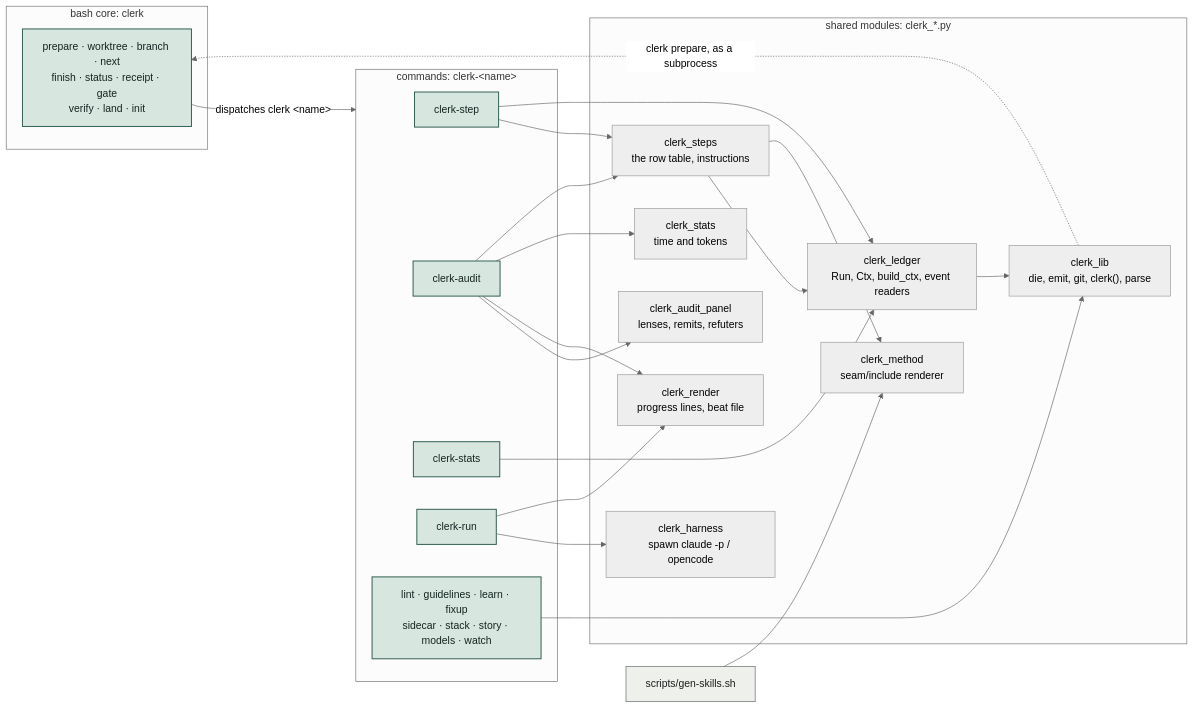
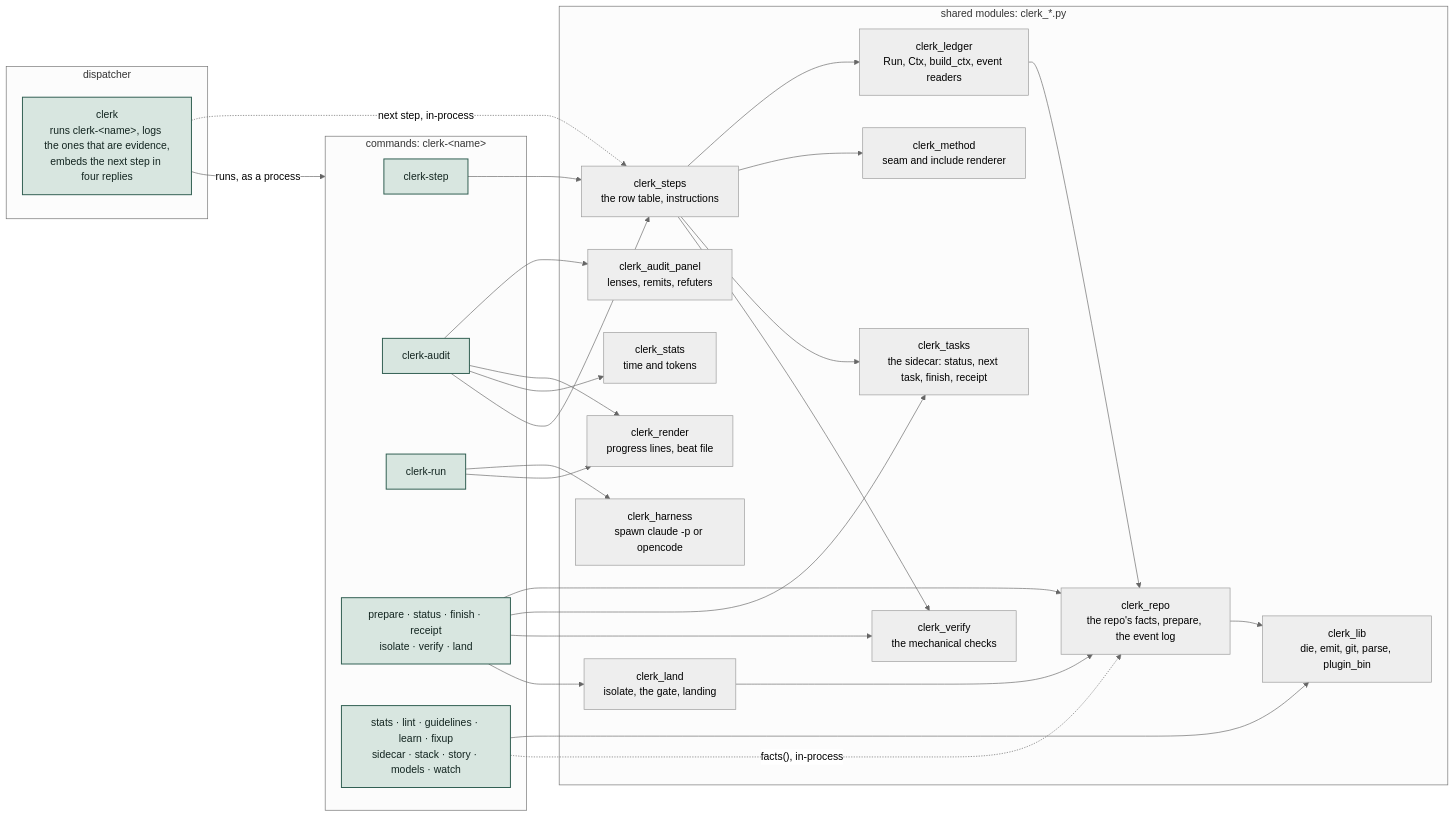
The fourth of 7 diagrams in docs/clerk-structure.md (hpcsc/dotfiles), drawn with Mermaid (neutral theme) before and after one commit. The commit also changed other lines of this file and 2 other files, not shown here.

First line of the commit message:
Describe clerk as it is now in the docs and diagrams

````diff
--- a/docs/clerk-structure.md
+++ b/docs/clerk-structure.md
@@ -132,42 +131,50 @@
 ```mermaid
 flowchart LR
-  subgraph B["bash core: clerk"]
-    core["prepare · worktree · branch · next<br/>finish · status · receipt · gate<br/>verify · land · init"]
+  subgraph D["dispatcher"]
+    core["clerk<br/>runs clerk-&lt;name&gt;, logs the ones that are evidence,<br/>embeds the next step in four replies"]
   end
   subgraph P["commands: clerk-&lt;name&gt;"]
     step["clerk-step"]
     audit["clerk-audit"]
-    stats["clerk-stats"]
     runp["clerk-run"]
-    others["lint · guidelines · learn · fixup<br/>sidecar · stack · story · models · watch"]
+    mech["prepare · status · finish · receipt<br/>isolate · verify · land"]
+    others["stats · lint · guidelines · learn · fixup<br/>sidecar · stack · story · models · watch"]
   end
   subgraph S["shared modules: clerk_*.py"]
-    lib["clerk_lib<br/>die, emit, git, clerk(), parse"]
+    lib["clerk_lib<br/>die, emit, git, parse, plugin_bin"]
+    repo["clerk_repo<br/>the repo's facts, prepare, the event log"]
+    tasks["clerk_tasks<br/>the sidecar: status, next task, finish, receipt"]
+    verify["clerk_verify<br/>the mechanical checks"]
+    landm["clerk_land<br/>isolate, the gate, landing"]
     ledger["clerk_ledger<br/>Run, Ctx, build_ctx, event readers"]
     steps["clerk_steps<br/>the row table, instructions"]
-    method["clerk_method<br/>seam/include renderer"]
+    method["clerk_method<br/>seam and include renderer"]
     panel["clerk_audit_panel<br/>lenses, remits, refuters"]
-    harness["clerk_harness<br/>spawn claude -p / opencode"]
+    harness["clerk_harness<br/>spawn claude -p or opencode"]
     render["clerk_render<br/>progress lines, beat file"]
     st["clerk_stats<br/>time and tokens"]
   end
-  core -->|"dispatches clerk &lt;name&gt;"| P
-  step --> steps --> ledger --> lib
+  core -->|"runs, as a process"| P
+  core -.->|"next step, in-process"| steps
+  step --> steps --> ledger --> repo --> lib
   steps --> method
-  step --> ledger
+  steps --> tasks
+  steps --> verify
+  mech --> repo
+  mech --> tasks
+  mech --> verify
+  mech --> landm --> repo
   audit --> panel
   audit --> render
   audit --> st
   audit --> steps
   runp --> harness
   runp --> render
-  stats --> ledger
   others --> lib
-  lib -.->|"clerk prepare, as a subprocess"| core
-  gen["scripts/gen-skills.sh"]:::plain --> method
+  others -.->|"facts(), in-process"| repo
   classDef clerk fill:#D8E6E0,stroke:#2F5D50,stroke-width:1.5px,color:#132520
   classDef you fill:#F2DFD3,stroke:#A8501E,stroke-width:1.5px,color:#3A1A08
   classDef plain fill:#EEF0EC,stroke:#5C645F,stroke-width:1px,color:#1B1F1D
   classDef file fill:#FFFFFF,stroke:#9AA39D,stroke-width:1px,color:#1B1F1D
-  class core,step,audit,stats,runp,others clerk
+  class core,step,audit,runp,mech,others clerk
 ```
````
